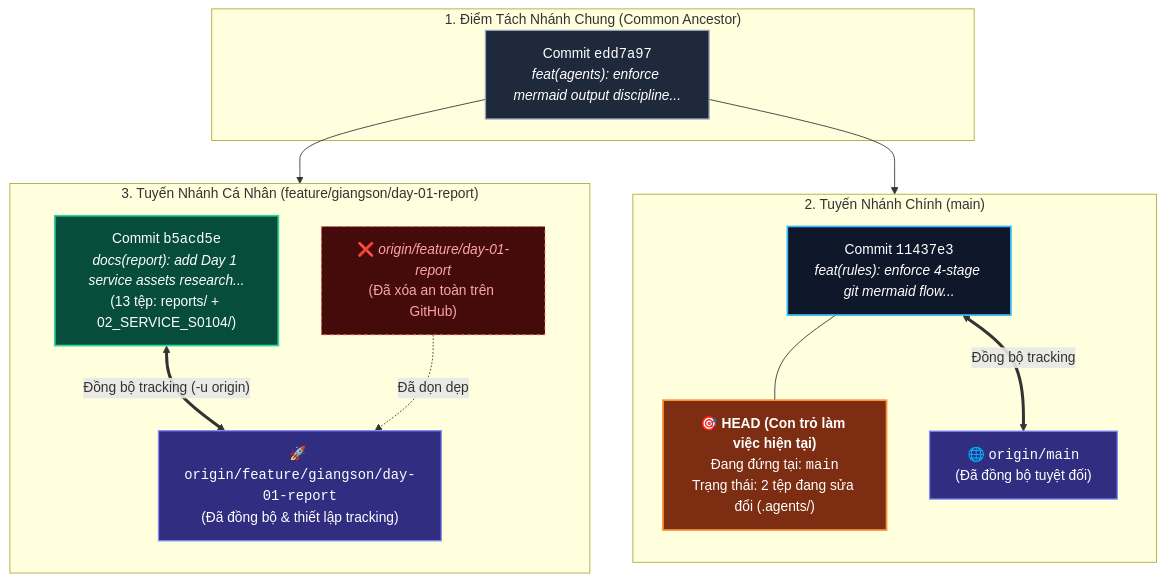
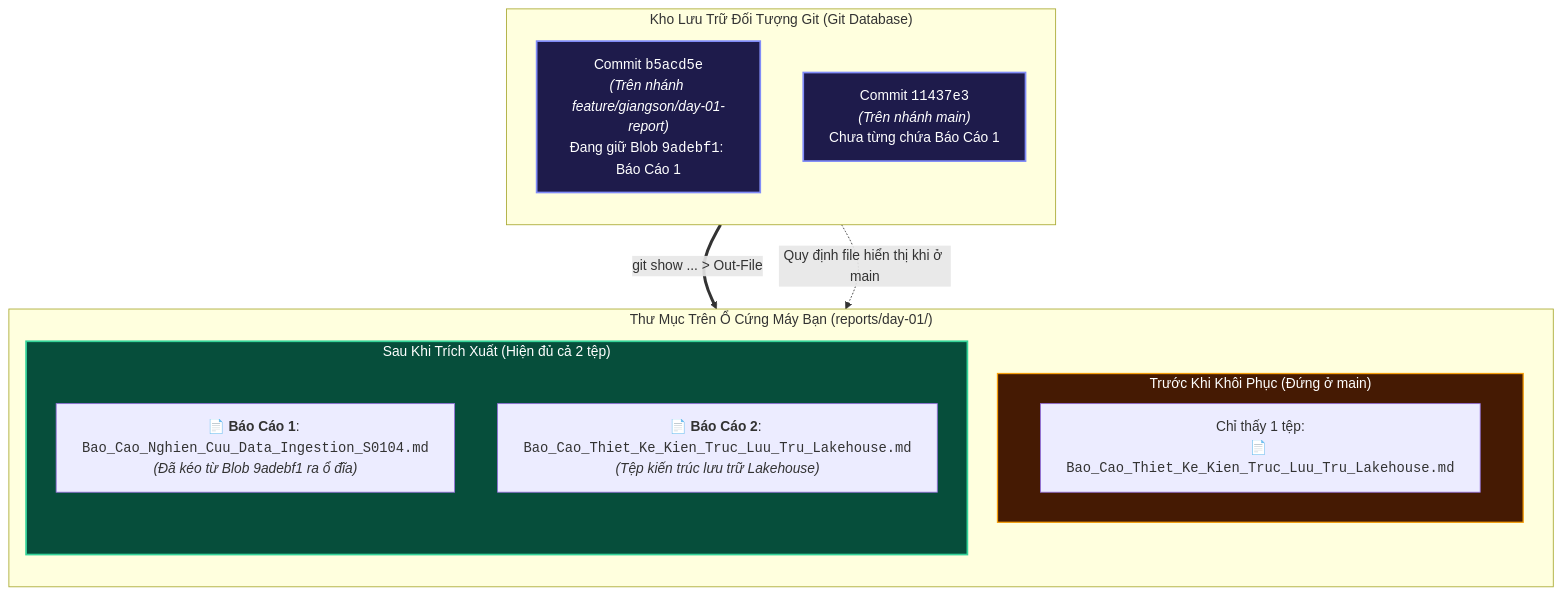
The diagram in scratch/agent_observations.md (chickenitcode/Skylink), drawn with Mermaid before and after one commit. The commit also changed other lines of this file and 3 other files, not shown here.

Commit message:
docs(report): add Day 1 service assets research and knowledge lakehouse architecture

````diff
--- a/scratch/agent_observations.md
+++ b/scratch/agent_observations.md
@@ -25,48 +24,34 @@
 ```mermaid
 flowchart TD
     %% =========================================================================
-    %% SƠ ĐỒ TOPOLOGY PHÂN NHÁNH & TRẠNG THÁI THEO DÕI (REMOTE TRACKING)
+    %% SƠ ĐỒ GIẢI NGHĨA VÌ SAO FILE TẠM ẨN KHI ĐỨNG Ở NHÁNH MAIN
     %% =========================================================================
 
-    subgraph ANCESTOR ["1. Điểm Tách Nhánh Chung (Common Ancestor)"]
-        C_BASE["Commit <code>edd7a97</code><br/><i>feat(agents): enforce mermaid output discipline...</i>"]
+    subgraph GIT_OBJECTS ["Kho Lưu Trữ Đối Tượng Git (Git Database)"]
+        direction TB
+        COMMIT_FEAT["Commit <code>b5acd5e</code><br/><i>(Trên nhánh feature/giangson/day-01-report)</i><br/>Đang giữ Blob <code>9adebf1</code>: Báo Cáo 1"]
+        COMMIT_MAIN["Commit <code>11437e3</code><br/><i>(Trên nhánh main)</i><br/>Chưa từng chứa Báo Cáo 1"]
     end
 
-    subgraph MAIN_BRANCH ["2. Tuyến Nhánh Chính (main)"]
+    subgraph WORKSPACE ["Thư Mục Trên Ổ Cứng Máy Bạn (reports/day-01/)"]
         direction TB
-        C_MAIN["Commit <code>11437e3</code><br/><i>feat(rules): enforce 4-stage git mermaid flow...</i>"]
-        HEAD_POINTER["🎯 <b>HEAD (Con trỏ làm việc hiện tại)</b><br/>Đang đứng tại: <code>main</code><br/>Trạng thái: 2 tệp đang sửa đổi (.agents/)"]
-        REMOTE_MAIN["🌐 <code>origin/main</code><br/>(Đã đồng bộ tuyệt đối)"]
+        subgraph BEFORE ["Trước Khi Khôi Phục (Đứng ở main)"]
+            F_ALONE["Chỉ thấy 1 tệp:<br/>📄 <code>Bao_Cao_Thiet_Ke_Kien_Truc_Luu_Tru_Lakehouse.md</code>"]
+        end
+        subgraph AFTER ["Sau Khi Trích Xuất (Hiện đủ cả 2 tệp)"]
+            F_1["📄 <b>Báo Cáo 1</b>: <code>Bao_Cao_Nghien_Cuu_Data_Ingestion_S0104.md</code><br/><i>(Đã kéo từ Blob 9adebf1 ra ổ đĩa)</i>"]
+            F_2["📄 <b>Báo Cáo 2</b>: <code>Bao_Cao_Thiet_Ke_Kien_Truc_Luu_Tru_Lakehouse.md</code><br/><i>(Tệp kiến trúc lưu trữ Lakehouse)</i>"]
+        end
     end
 
-    subgraph FEATURE_BRANCH ["3. Tuyến Nhánh Cá Nhân (feature/giangson/day-01-report)"]
-        direction TB
-        C_FEAT["Commit <code>b5acd5e</code><br/><i>docs(report): add Day 1 service assets research...</i><br/>(13 tệp: reports/ + 02_SERVICE_S0104/)"]
-        REMOTE_FEAT["🚀 <code>origin/feature/giangson/day-01-report</code><br/>(Đã đồng bộ & thiết lập tracking)"]
-        DELETED_FEAT["❌ <i>origin/feature/day-01-report</i><br/>(Đã xóa an toàn trên GitHub)"]
-    end
+    COMMIT_MAIN -. "Quy định file hiển thị khi ở main" .-> BEFORE
+    COMMIT_FEAT ==> |"git show ... > Out-File"| F_1
 
-    %% Mối liên kết giữa các commit và nhánh
-    C_BASE --> C_MAIN
-    C_BASE --> C_FEAT
+    classDef gitNode fill:#1e1b4b,stroke:#818cf8,stroke-width:2px,color:#ffffff;
+    classDef beforeNode fill:#451a03,stroke:#f59e0b,stroke-width:1.5px,color:#ffffff;
+    classDef afterNode fill:#064e3b,stroke:#34d399,stroke-width:2px,color:#ffffff;
 
-    C_MAIN --- HEAD_POINTER
-    C_MAIN <== "Đồng bộ tracking" ==> REMOTE_MAIN
-
-    C_FEAT <== "Đồng bộ tracking (-u origin)" ==> REMOTE_FEAT
-    DELETED_FEAT -. "Đã dọn dẹp" .-> REMOTE_FEAT
-
-    classDef baseNode fill:#1e293b,stroke:#94a3b8,stroke-width:1.5px,color:#ffffff;
-    classDef mainNode fill:#0f172a,stroke:#38bdf8,stroke-width:2px,color:#ffffff;
-    classDef featNode fill:#064e3b,stroke:#34d399,stroke-width:2px,color:#ffffff;
-    classDef headNode fill:#7c2d12,stroke:#fb923c,stroke-width:2px,color:#ffffff;
-    classDef remoteNode fill:#312e81,stroke:#818cf8,stroke-width:1.5px,color:#ffffff;
-    classDef delNode fill:#450a0a,stroke:#f87171,stroke-width:1px,stroke-dasharray: 4 4,color:#fca5a5;
-
-    class C_BASE baseNode;
-    class C_MAIN mainNode;
-    class HEAD_POINTER headNode;
-    class REMOTE_MAIN,REMOTE_FEAT remoteNode;
-    class C_FEAT featNode;
-    class DELETED_FEAT delNode;
+    class COMMIT_FEAT,COMMIT_MAIN gitNode;
+    class BEFORE beforeNode;
+    class AFTER afterNode;
 ```
````
